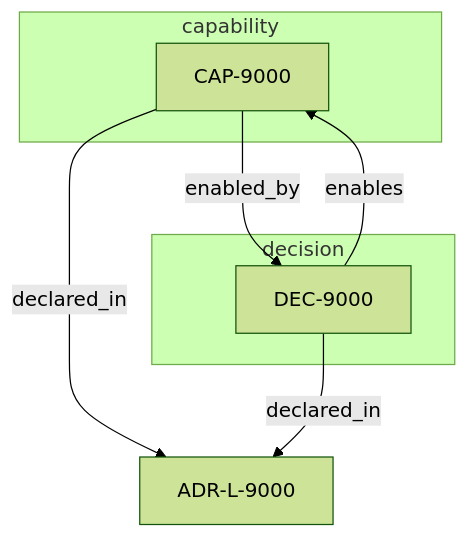
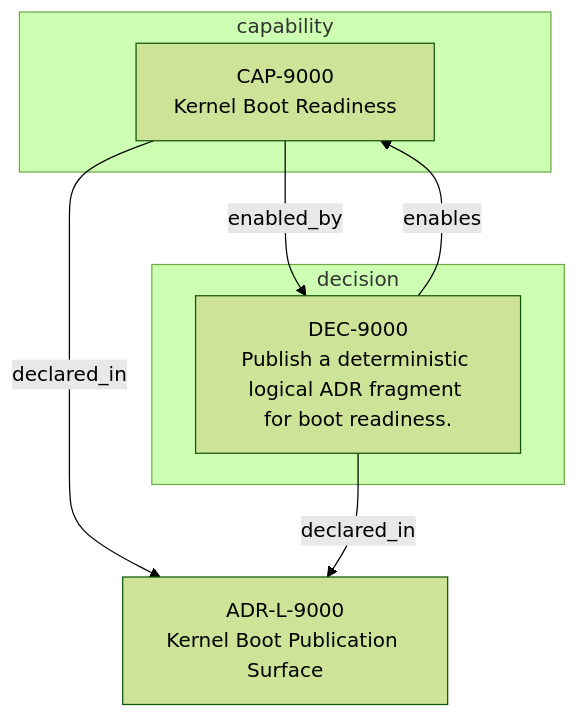
Before and after one commit to egallmann/adr-architecture-kit: the diagram in adrs/adr-projection/logical/ADR-L-9000-kernel-boot-publication-surface.md, drawn with Mermaid (forest theme). The commit also changed other lines of this file and 35 other files, not shown here.

First line of the commit message:
docs: regenerate deterministic ADR-PC projections

````diff
--- a/adrs/adr-projection/logical/ADR-L-9000-kernel-boot-publication-surface.md
+++ b/adrs/adr-projection/logical/ADR-L-9000-kernel-boot-publication-surface.md
@@ -50,14 +50,14 @@
 ```mermaid
 flowchart TB
-  n_019fee89_e617_7ceb_a437_474762adbfc2["ADR-L-9000"]
+  n_019fee89_e617_7ceb_a437_474762adbfc2["ADR-L-9000<br/>Kernel Boot Publication Surface"]
   subgraph sg_capability["capability"]
-    n_019fee89_e617_7410_8c37_e302d20b9f8b["CAP-9000"]
+    n_019fee89_e617_7410_8c37_e302d20b9f8b["CAP-9000<br/>Kernel Boot Readiness"]
   end
   subgraph sg_decision["decision"]
-    n_019fee89_e617_793a_b537_a492afa6f167["DEC-9000"]
+    n_019fee89_e617_793a_b537_a492afa6f167["DEC-9000<br/>Publish a deterministic logical ADR fragment for boot readiness."]
   end
   n_019fee89_e617_7410_8c37_e302d20b9f8b -->|"declared_in"| n_019fee89_e617_7ceb_a437_474762adbfc2
   n_019fee89_e617_793a_b537_a492afa6f167 -->|"declared_in"| n_019fee89_e617_7ceb_a437_474762adbfc2
   n_019fee89_e617_7410_8c37_e302d20b9f8b -->|"enabled_by"| n_019fee89_e617_793a_b537_a492afa6f167
   n_019fee89_e617_793a_b537_a492afa6f167 -->|"enables"| n_019fee89_e617_7410_8c37_e302d20b9f8b
 ```
````
